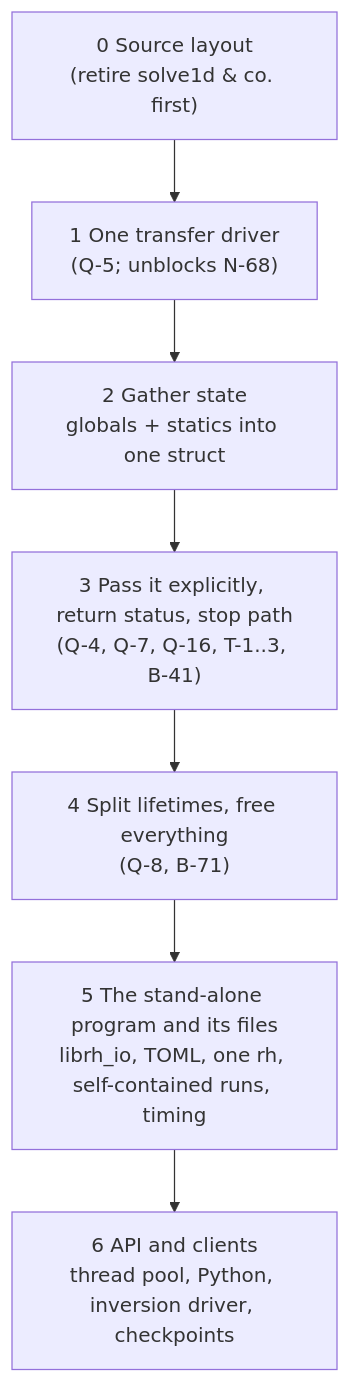
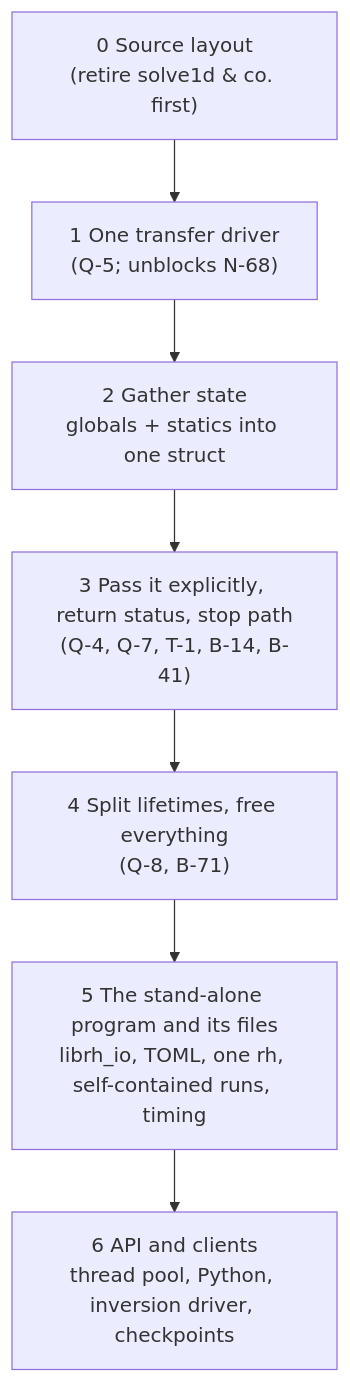
One commit to dwijn/RH changed the fifth of 5 diagrams in docs/LIBRARY.md. Above: the diagram before and after it, drawn with Mermaid. The commit also changed other lines of this file and 2 other files, not shown here.

````diff
--- a/docs/LIBRARY.md
+++ b/docs/LIBRARY.md
@@ -741,9 +752,9 @@
 ```mermaid
 flowchart TB
   P0["0 Source layout\n(retire solve1d & co. first)"] --> P1["1 One transfer driver\n(Q-5; unblocks N-68)"]
   P1 --> P2["2 Gather state\nglobals + statics into one struct"]
-  P2 --> P3["3 Pass it explicitly, return status, stop path\n(Q-4, Q-7, Q-16, T-1..3, B-41)"]
+  P2 --> P3["3 Pass it explicitly, return status, stop path\n(Q-4, Q-7, T-1, B-14, B-41)"]
   P3 --> P4["4 Split lifetimes, free everything\n(Q-8, B-71)"]
   P4 --> P5["5 The stand-alone program and its files\nlibrh_io, TOML, one rh, self-contained runs, timing"]
   P5 --> P6["6 API and clients\nthread pool, Python, inversion driver, checkpoints"]
 ```
````
